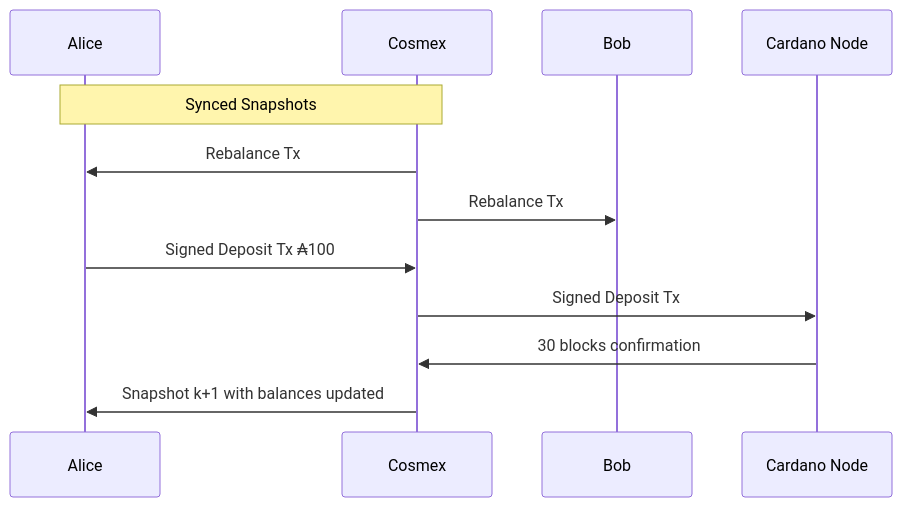
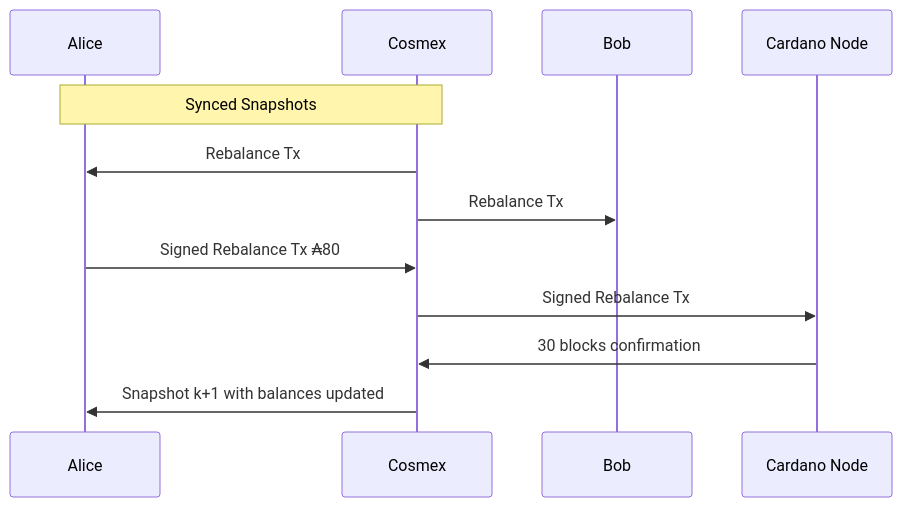
One commit to lantr-io/cosmex changed diagram 11 of 11 in docs/Whitepaper.md. Above: the diagram before and after it, drawn with Mermaid. The commit also changed other lines of this file and 1 other file, not shown here.

````diff
--- a/docs/Whitepaper.md
+++ b/docs/Whitepaper.md
@@ -375,10 +375,10 @@
 ```mermaid
 sequenceDiagram
     Note over Alice,Cosmex: Synced Snapshots
     Cosmex->>Alice: Rebalance Tx
     Cosmex->>Bob: Rebalance Tx
-    Alice->>Cosmex: Signed Deposit Tx ₳100
-    Cosmex->>Cardano Node: Signed Deposit Tx
+    Alice->>Cosmex: Signed Rebalance Tx ₳80
+    Cosmex->>Cardano Node: Signed Rebalance Tx
     Cardano Node->>Cosmex: 30 blocks confirmation
     Cosmex->>Alice: Snapshot k+1 with balances updated
 ```
````
